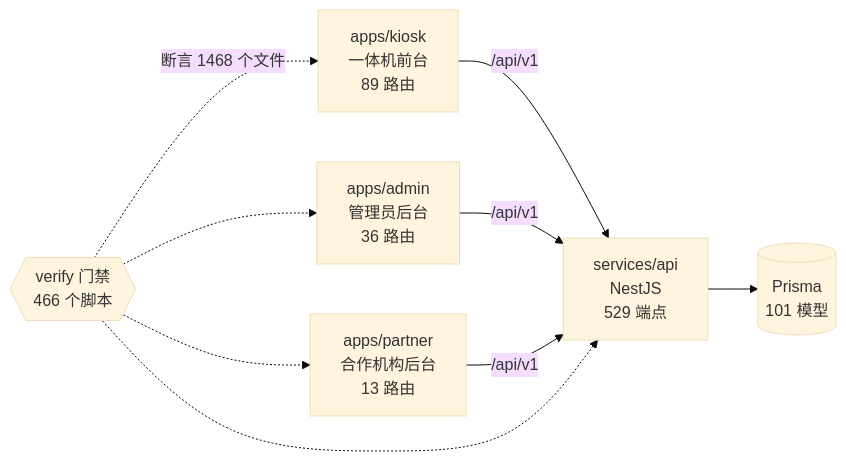
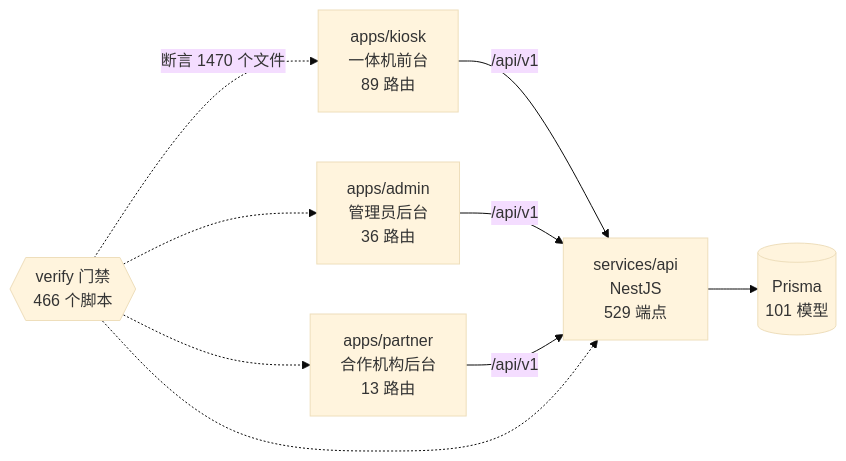
The diagram in docs/graph/README.md (wanglei581/YITIJI), drawn with Mermaid (base theme) before and after one commit. The commit also changed other lines of this file and 16 other files, not shown here.

````diff
--- a/docs/graph/README.md
+++ b/docs/graph/README.md
@@ -68,18 +68,18 @@
 ```mermaid
 flowchart LR
   kiosk["apps/kiosk<br/>一体机前台<br/>89 路由"]
   admin["apps/admin<br/>管理员后台<br/>36 路由"]
   partner["apps/partner<br/>合作机构后台<br/>13 路由"]
   api["services/api<br/>NestJS<br/>529 端点"]
   db[("Prisma<br/>101 模型")]
   gates{{"verify 门禁<br/>466 个脚本"}}
 
   kiosk -->|"/api/v1"| api
   admin -->|"/api/v1"| api
   partner -->|"/api/v1"| api
   api --> db
-  gates -.->|"断言 1468 个文件"| kiosk
+  gates -.->|"断言 1470 个文件"| kiosk
   gates -.-> admin
   gates -.-> partner
   gates -.-> api
 ```
````
